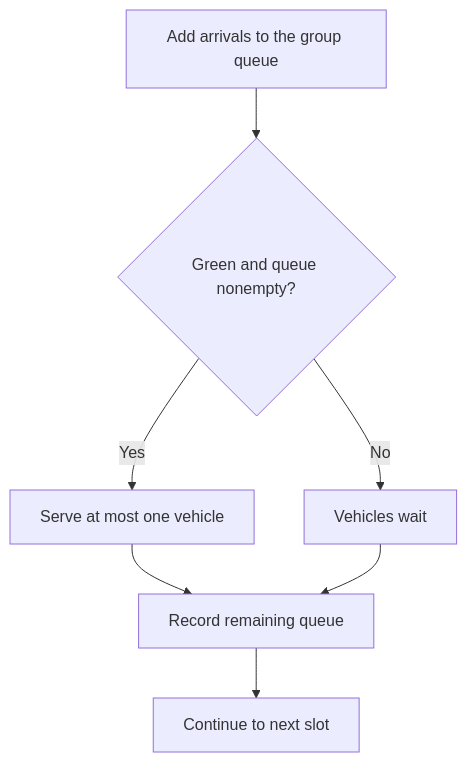
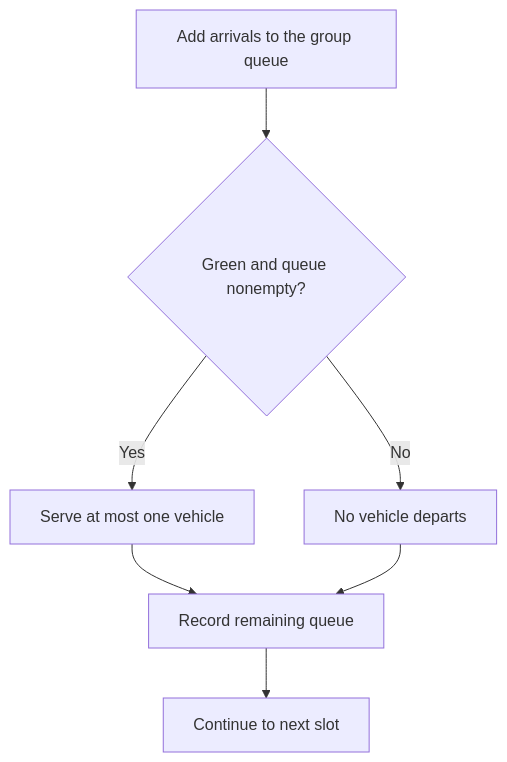
Before and after one commit to And-Gu/executable-engineering-lab: the second of 2 diagrams in project/v3/manuscripts/revised/02-introducing-the-engineering-challenge.md, drawn with Mermaid. The commit also changed other lines of this file and 2 other files, not shown here.

````diff
--- a/project/v3/manuscripts/revised/02-introducing-the-engineering-challenge.md
+++ b/project/v3/manuscripts/revised/02-introducing-the-engineering-challenge.md
@@ -97,9 +97,9 @@
 ```mermaid
 flowchart TD
     A[Add arrivals to the group queue] --> B{Green and queue nonempty?}
     B -- Yes --> C[Serve at most one vehicle]
-    B -- No --> D[Vehicles wait]
+    B -- No --> D[No vehicle departs]
     C --> E[Record remaining queue]
     D --> E
     E --> F[Continue to next slot]
 ```
````
